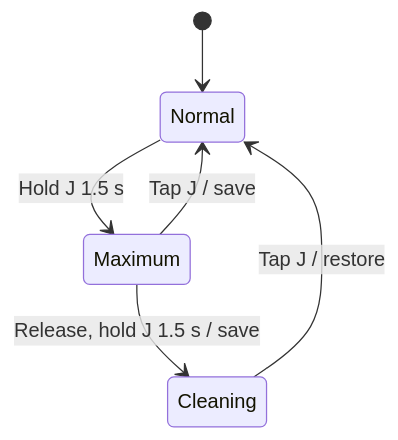
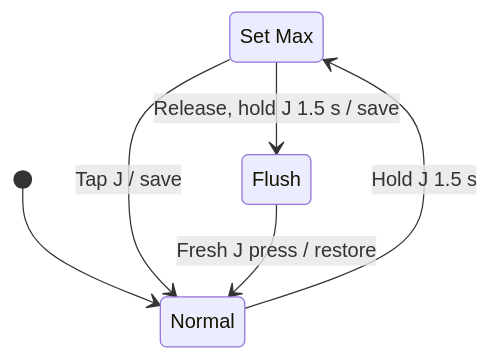
Before and after one commit to aeae1/Rock-Saw-Water-Control: the diagram in docs/control-specification.md, drawn with Mermaid. The commit also changed other lines of this file and 19 other files, not shown here.

First line of the commit message:
Harden control recovery and document Normal, Set Max, Flush and hardware build

````diff
--- a/docs/control-specification.md
+++ b/docs/control-specification.md
@@ -65,8 +65,9 @@
 ```mermaid
 stateDiagram-v2
+    state "Set Max" as SetMax
     [*] --> Normal
-    Normal --> Maximum: Hold J 1.5 s
-    Maximum --> Normal: Tap J / save
-    Maximum --> Cleaning: Release, hold J 1.5 s / save
-    Cleaning --> Normal: Tap J / restore
+    Normal --> SetMax: Hold J 1.5 s
+    SetMax --> Normal: Tap J / save
+    SetMax --> Flush: Release, hold J 1.5 s / save
+    Flush --> Normal: Fresh J press / restore
 ```
````
